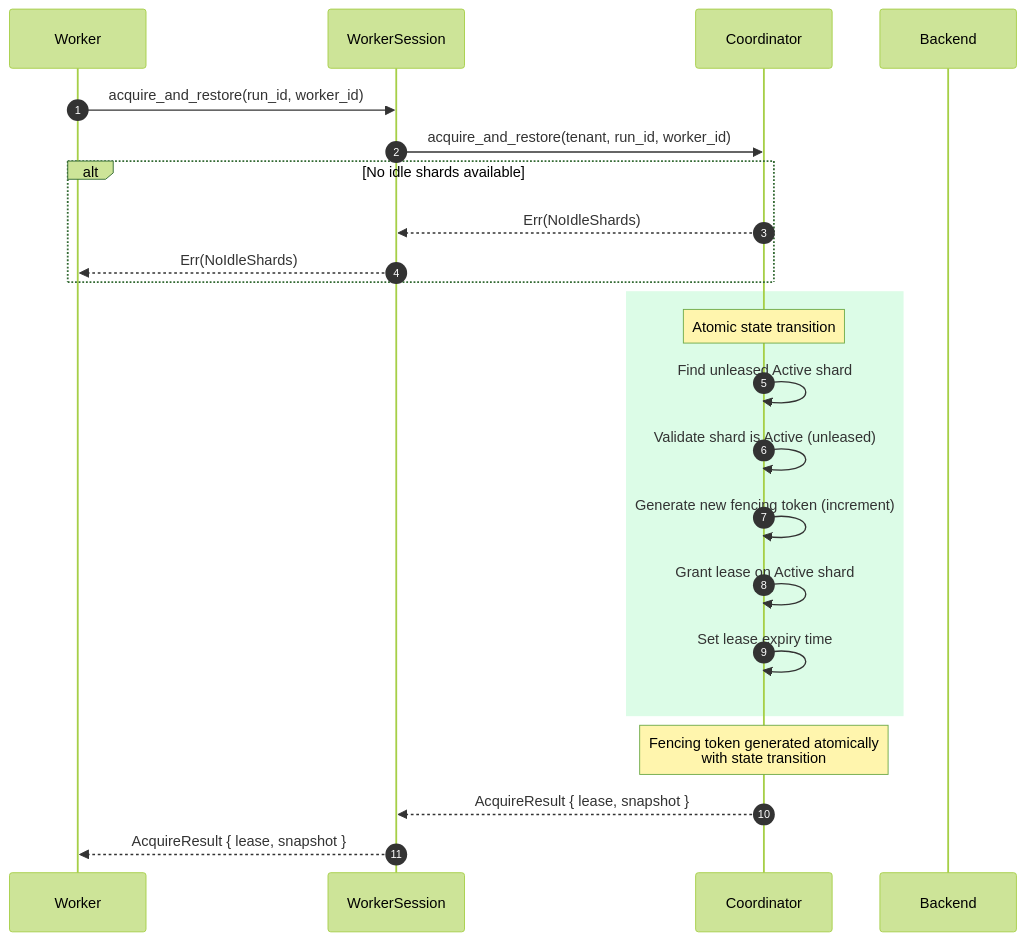
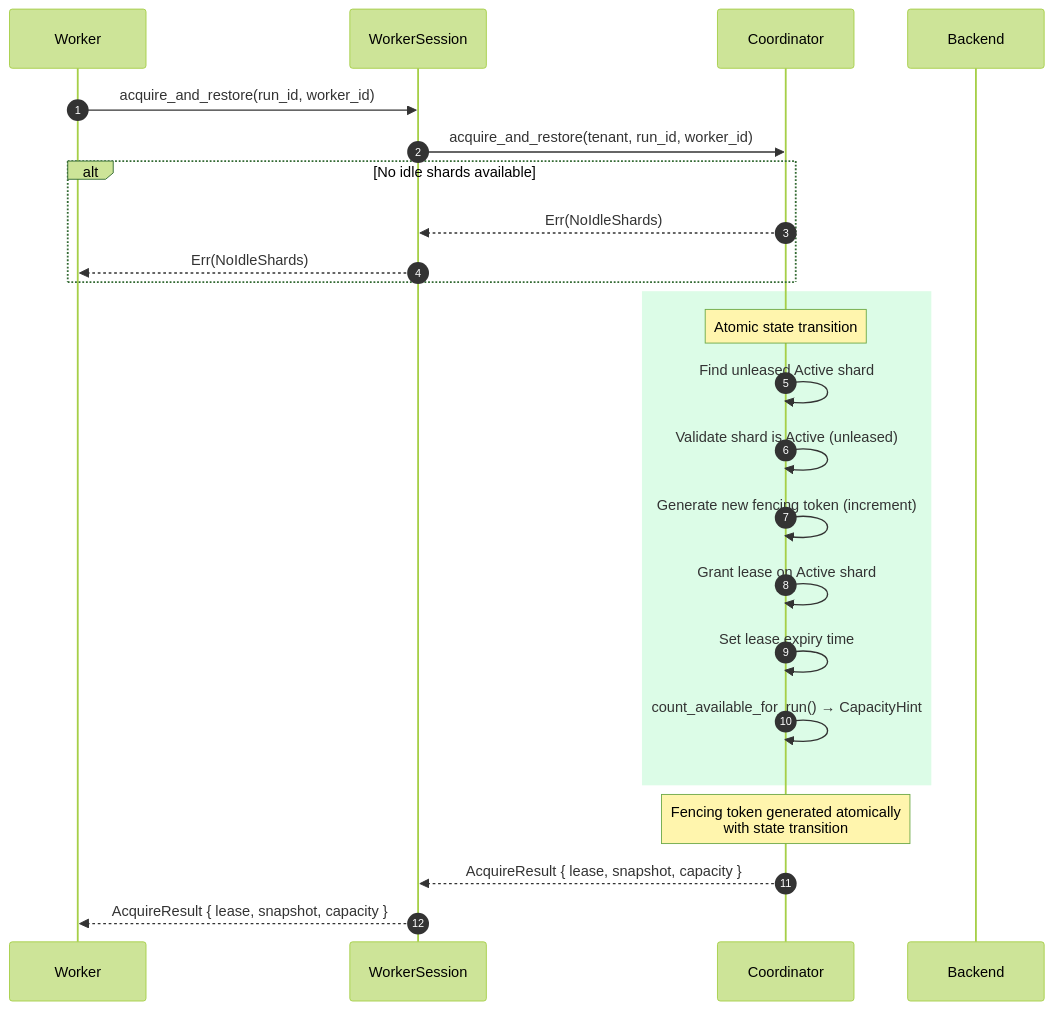
The first of 5 diagrams in diagrams/07-lease-lifecycle.md (ahrav/Gossip-rs), drawn with Mermaid (forest theme) before and after one commit. The commit also changed other lines of this file, not shown here.

````diff
--- a/diagrams/07-lease-lifecycle.md
+++ b/diagrams/07-lease-lifecycle.md
@@ -39,31 +39,32 @@
 ```mermaid
 %% Diagram: lease-acquisition-sequence
 sequenceDiagram
     autonumber
     participant W as Worker
     participant WS as WorkerSession
     participant CO as Coordinator
     participant BE as Backend
 
     W->>WS: acquire_and_restore(run_id, worker_id)
     WS->>CO: acquire_and_restore(tenant, run_id, worker_id)
 
     alt No idle shards available
         CO-->>WS: Err(NoIdleShards)
         WS-->>W: Err(NoIdleShards)
     end
 
     rect rgb(220, 252, 231)
         Note over CO: Atomic state transition
         CO->>CO: Find unleased Active shard
         CO->>CO: Validate shard is Active (unleased)
         CO->>CO: Generate new fencing token (increment)
         CO->>CO: Grant lease on Active shard
         CO->>CO: Set lease expiry time
+        CO->>CO: count_available_for_run() → CapacityHint
     end
 
     Note over CO: Fencing token generated atomically<br/>with state transition
 
-    CO-->>WS: AcquireResult { lease, snapshot }
-    WS-->>W: AcquireResult { lease, snapshot }
+    CO-->>WS: AcquireResult { lease, snapshot, capacity }
+    WS-->>W: AcquireResult { lease, snapshot, capacity }
 ```
````
